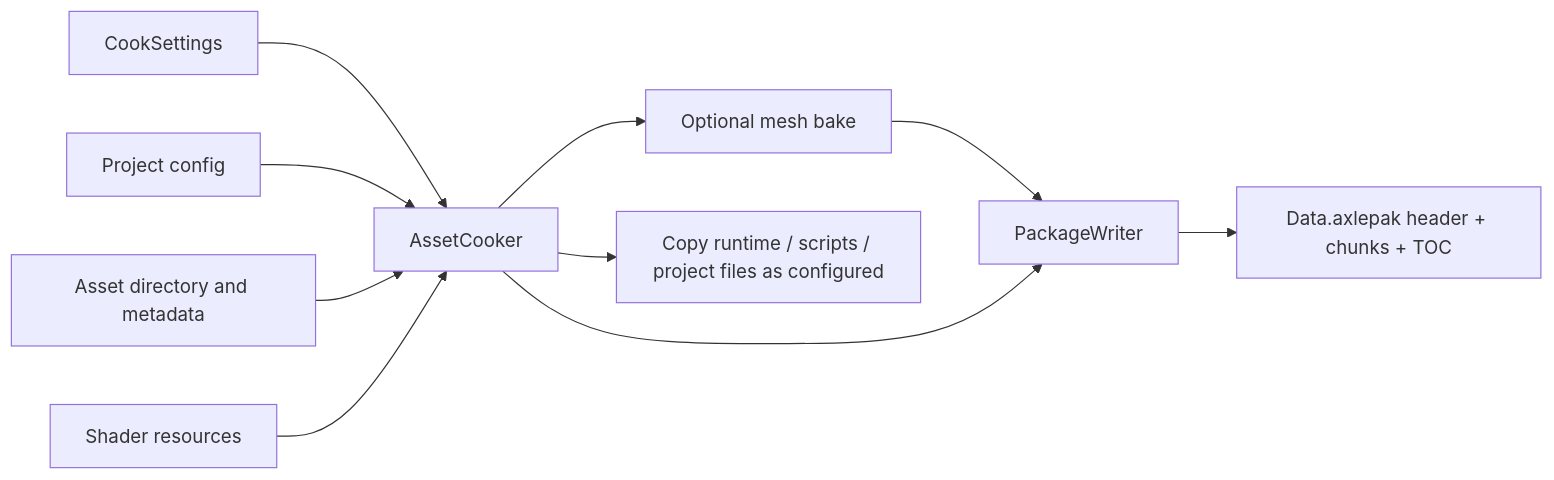
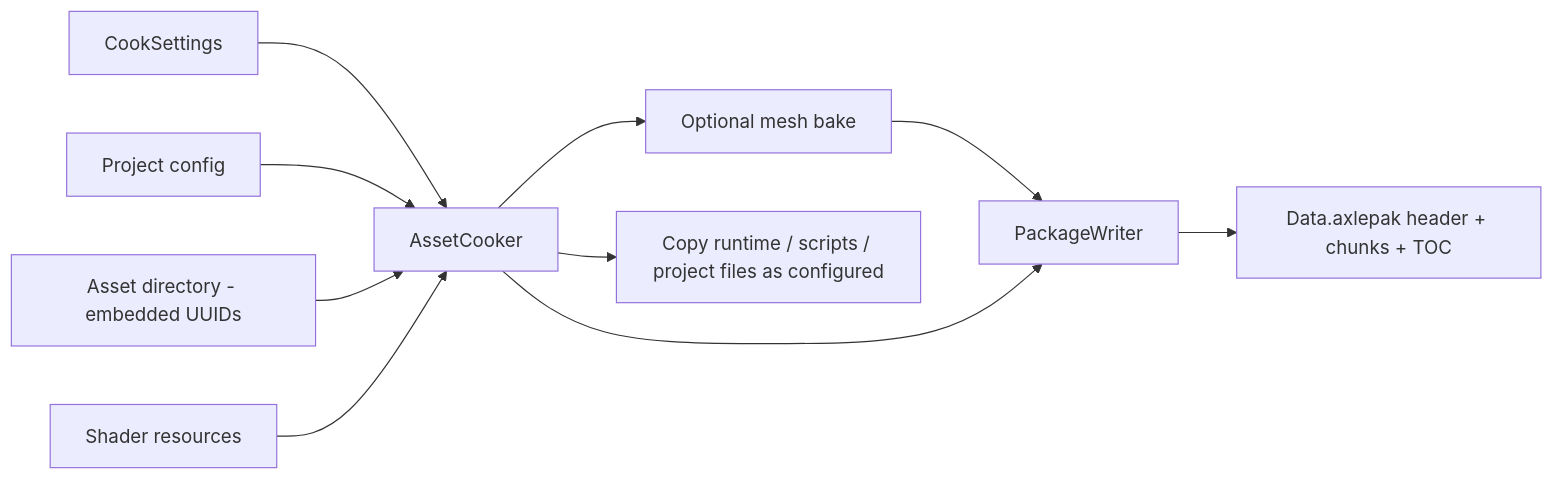
The tenth of 11 diagrams in docs/architecture/RUNTIME_FLOWS.md (nguyenphong0210/AxleEngine), drawn with Mermaid before and after one commit. The commit also changed other lines of this file and 22 other files, not shown here.

Commit message:
docs: standardize architecture guides and retire obsolete prompt archives

````diff
--- a/docs/architecture/RUNTIME_FLOWS.md
+++ b/docs/architecture/RUNTIME_FLOWS.md
@@ -257,12 +253,12 @@
 ```mermaid
 flowchart LR
     Settings[CookSettings] --> Cooker[AssetCooker]
     Project[Project config] --> Cooker
-    Assets[Asset directory and metadata] --> Cooker
+    Assets[Asset directory - embedded UUIDs] --> Cooker
     Resources[Shader resources] --> Cooker
     Cooker --> Bake[Optional mesh bake]
     Bake --> Writer[PackageWriter]
     Cooker --> Writer
     Writer --> Pak[Data.axlepak header + chunks + TOC]
     Cooker --> Files[Copy runtime / scripts / project files as configured]
 ```
````
